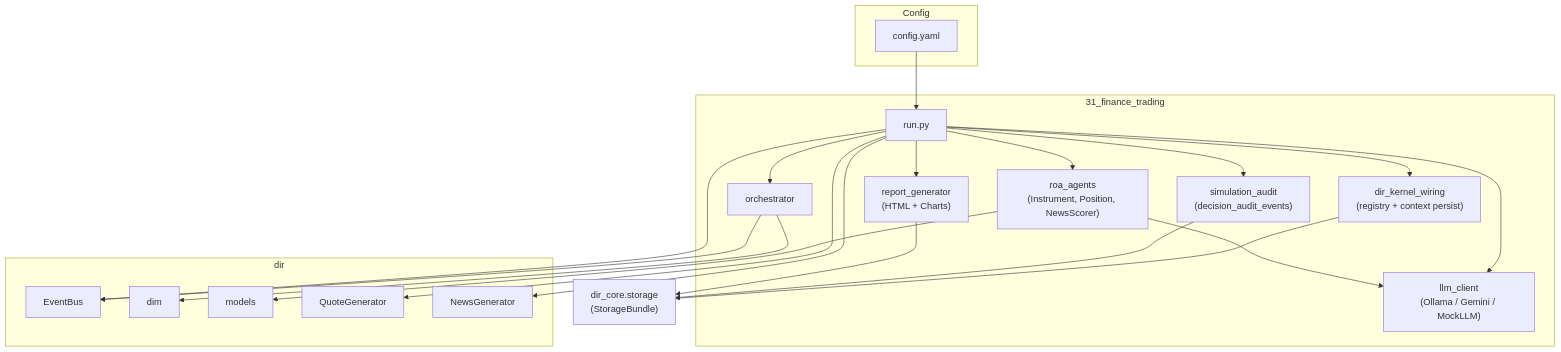
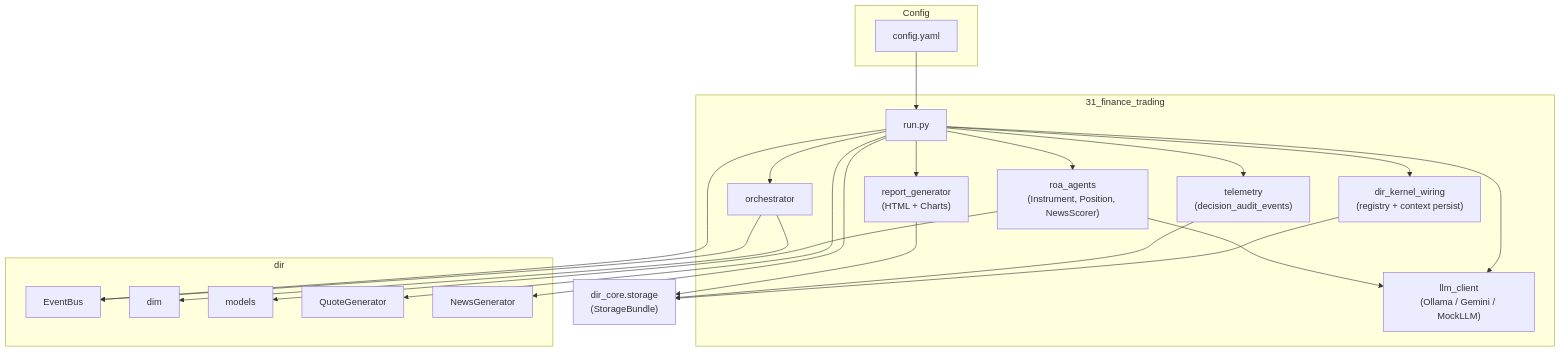
The seventh of 7 diagrams in samples/31_finance_trading/README.md (huka81/decision-intelligence-runtime), drawn with Mermaid before and after one commit. The commit also changed other lines of this file and 11 other files, not shown here.

````diff
--- a/samples/31_finance_trading/README.md
+++ b/samples/31_finance_trading/README.md
@@ -670,42 +670,42 @@
 ```mermaid
 flowchart TB
     subgraph Config
         YAML["config.yaml"]
     end
 
     subgraph Sample["31_finance_trading"]
         Run["run.py"]
         LLM["llm_client\n(Ollama / Gemini / MockLLM)"]
         ROA["roa_agents\n(Instrument, Position, NewsScorer)"]
         Orch["orchestrator"]
         Kern["dir_kernel_wiring\n(registry + context persist)"]
-        Rec["simulation_audit\n(decision_audit_events)"]
+        Rec["telemetry\n(decision_audit_events)"]
         Rep["report_generator\n(HTML + Charts)"]
     end
 
     subgraph Dir["dir"]
         Bus["EventBus"]
         DIM["dim"]
         Models["models"]
         QGen["QuoteGenerator"]
         NGen["NewsGenerator"]
     end
 
     YAML --> Run
     Run --> LLM
     Run --> ROA
     Run --> Orch
     Run --> QGen
     Run --> NGen
     Run --> Kern
     Run --> Rec
     Run --> Rep
     Kern --> DB["dir_core.storage\n(StorageBundle)"]
     Rec --> DB
     Rep --> DB
     ROA --> LLM
     ROA --> Models
     Orch --> Bus
     Orch --> DIM
     Run --> Bus
 ```
````
